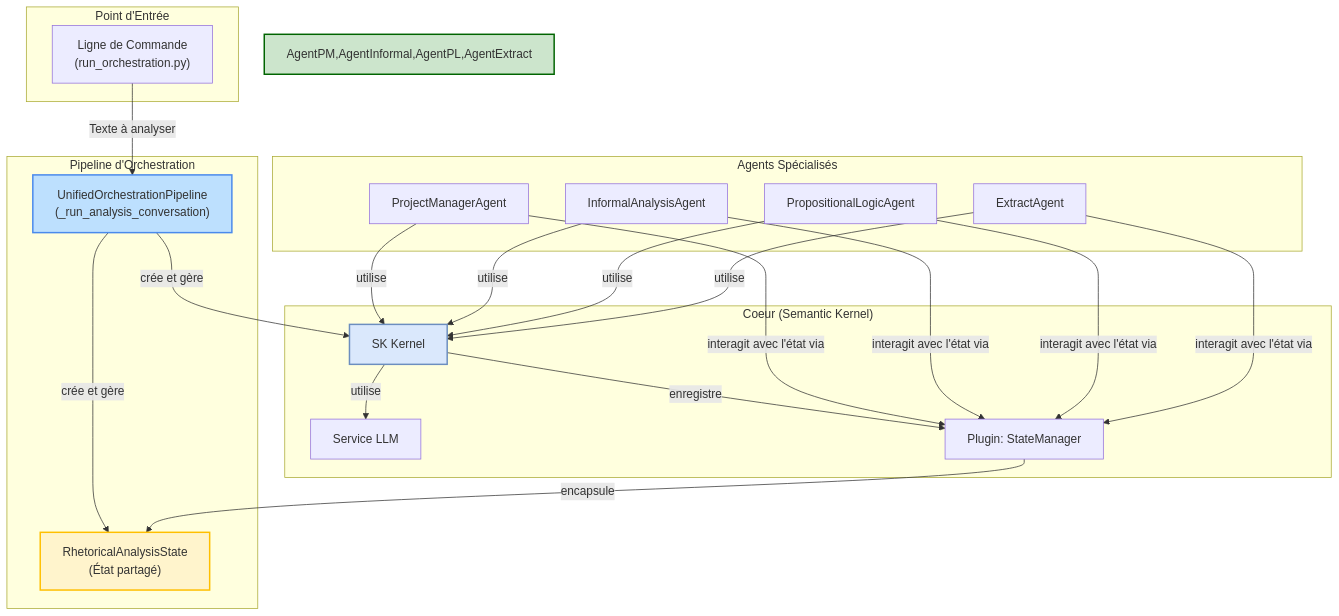
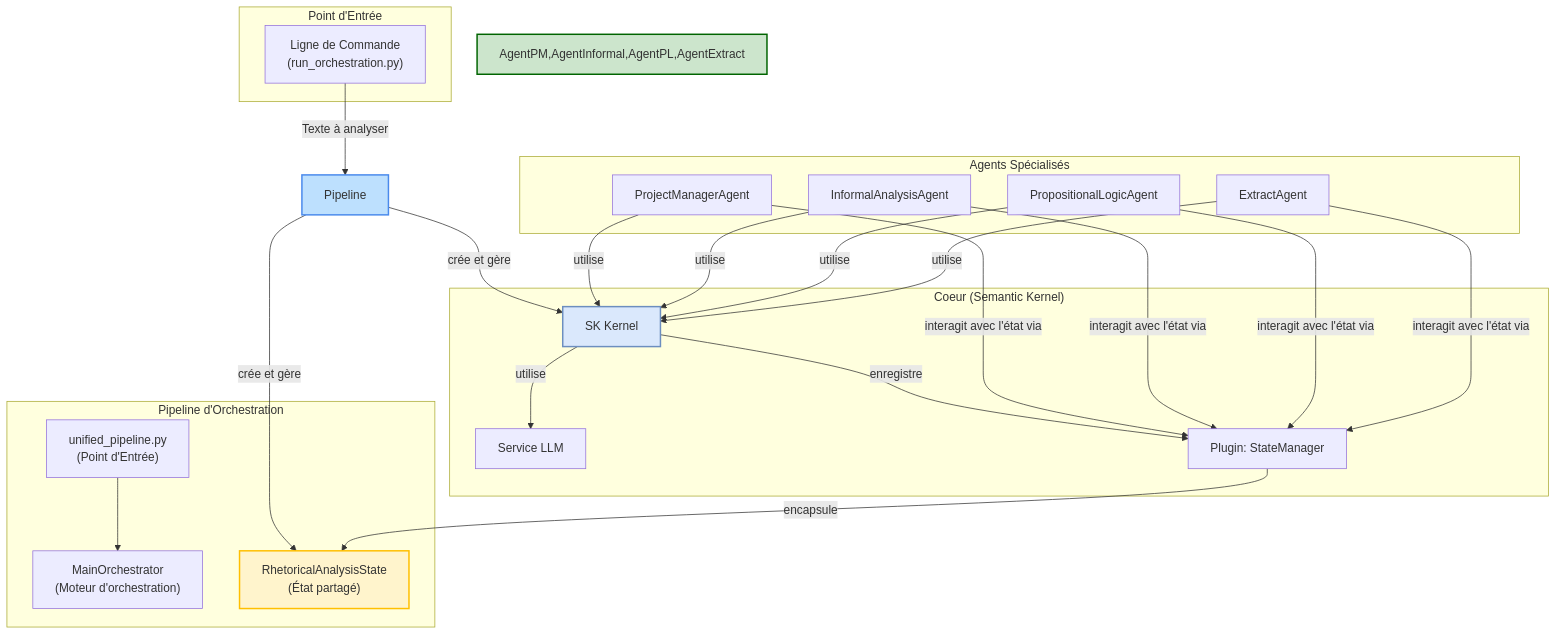
Before and after one commit to jsboigeEpita/2025-Epita-Intelligence-Symbolique: the diagram in argumentation_analysis/README.md, drawn with Mermaid. The commit also changed other lines of this file and 3 other files, not shown here.

Commit message:
docs: Update documentation to reflect new orchestration architecture

````diff
--- a/argumentation_analysis/README.md
+++ b/argumentation_analysis/README.md
@@ -11,47 +11,50 @@
 ```mermaid
 graph TD
     subgraph "Point d'Entrée"
         CLI["Ligne de Commande<br>(run_orchestration.py)"]
     end
 
     subgraph "Pipeline d'Orchestration"
-        Pipeline["UnifiedOrchestrationPipeline<br>(_run_analysis_conversation)"]
+        EntryPoint["unified_pipeline.py<br>(Point d'Entrée)"]
+        Orchestrator["MainOrchestrator<br>(Moteur d'orchestration)"]
         SharedState["RhetoricalAnalysisState<br>(État partagé)"]
+
+        EntryPoint --> Orchestrator
     end
 
     subgraph "Coeur (Semantic Kernel)"
         Kernel["SK Kernel"]
         LLM_Service["Service LLM"]
         StateManager["Plugin: StateManager"]
     end
 
     subgraph "Agents Spécialisés"
         AgentPM["ProjectManagerAgent"]
         AgentInformal["InformalAnalysisAgent"]
         AgentPL["PropositionalLogicAgent"]
         AgentExtract["ExtractAgent"]
     end
 
     CLI -- "Texte à analyser" --> Pipeline
     Pipeline -- "crée et gère" --> Kernel
     Pipeline -- "crée et gère" --> SharedState
 
     Kernel -- "utilise" --> LLM_Service
     Kernel -- "enregistre" --> StateManager
     StateManager -- "encapsule" --> SharedState
 
     AgentPM -- "utilise" --> Kernel
     AgentInformal -- "utilise" --> Kernel
     AgentPL -- "utilise" --> Kernel
     AgentExtract -- "utilise" --> Kernel
 
     AgentPM -- "interagit avec l'état via" --> StateManager
     AgentInformal -- "interagit avec l'état via" --> StateManager
     AgentPL -- "interagit avec l'état via" --> StateManager
     AgentExtract -- "interagit avec l'état via" --> StateManager
 
     style Pipeline fill:#bde0fe,stroke:#4a8aec,stroke-width:2px
     style Kernel fill:#dae8fc,stroke:#6c8ebf,stroke-width:2px
     style SharedState fill:#fff4cc,stroke:#ffbf00,stroke-width:2px
     style AgentPM,AgentInformal,AgentPL,AgentExtract fill:#cce5cc,stroke:#006400,stroke-width:2px
 ```
````
